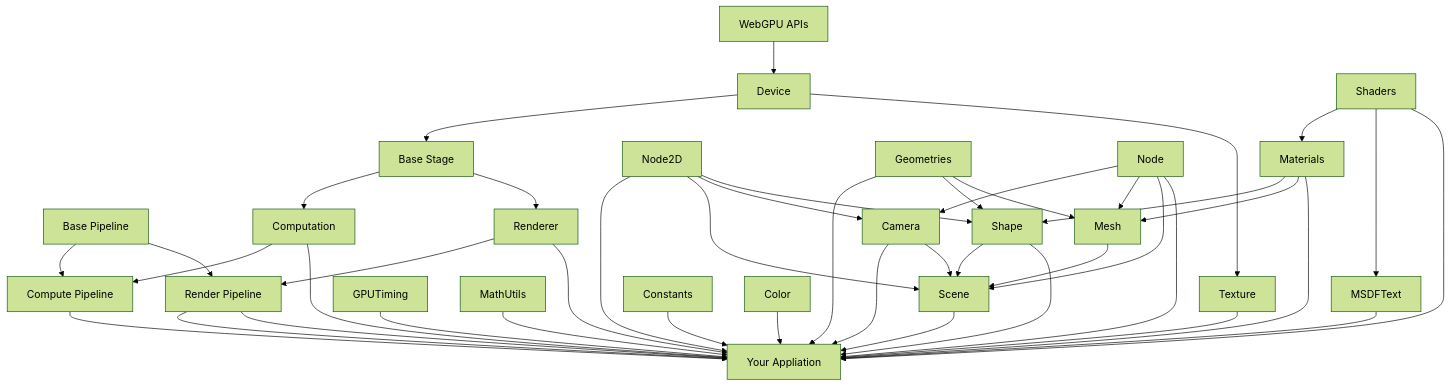
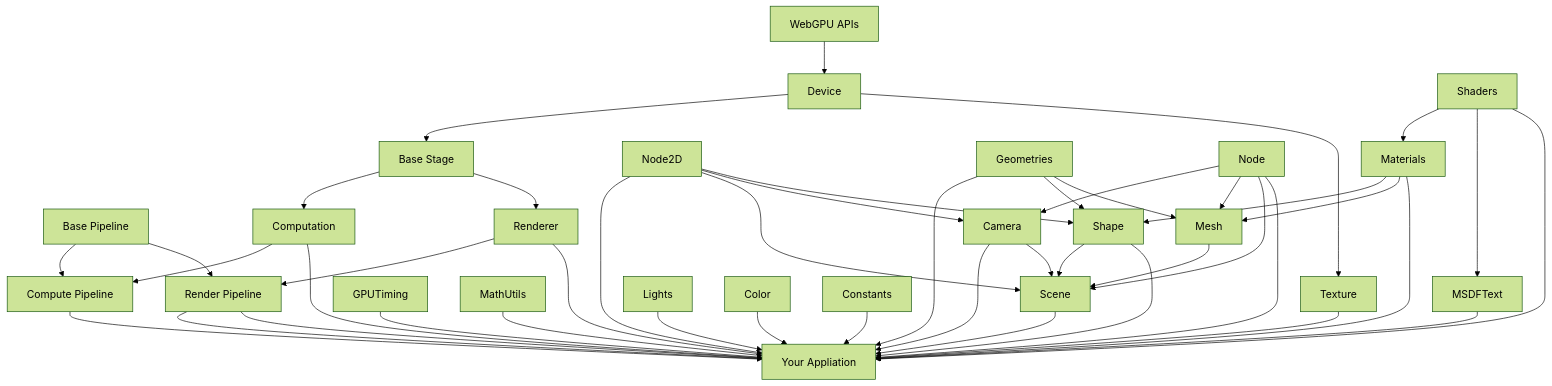
The diagram in README.md (UstymUkhman/uwal), drawn with Mermaid (forest theme) before and after one commit. The commit also changed other lines of this file and 4 other files, not shown here.

````diff
--- a/README.md
+++ b/README.md
@@ -41,72 +41,73 @@
 ```mermaid
 flowchart TD
   GPU[WebGPU APIs]
   DEV[Device]
   APP[Your Appliation]
 
   BP[Base Pipeline]
   CP[Compute Pipeline]
   RP[Render Pipeline]
   BS[Base Stage]
   COMP[Computation]
   RNDR[Renderer]
   TEX[Texture]
 
   GPU  --> DEV
   DEV  --> BS
   DEV  --> TEX
   BS   --> COMP
   BS   --> RNDR
   COMP --> CP
   COMP --> APP
   BP   --> CP
   BP   --> RP
   CP   --> APP
   RP   --> APP
   RNDR --> RP
   RNDR --> APP
 
   TIME[GPUTiming] --> APP
   MATH[MathUtils] --> APP
 
   ND2[Node2D]
   GEO[Geometries]
   ND[Node]
   MAT[Materials]
   SHDS[Shaders]
   CAM[Camera]
   SHP[Shape]
   MESH[Mesh]
   SCN[Scene]
   TXT[MSDFText]
 
+  LGHT[Lights]     --> APP
+  COL[Color]       --> APP
   CONST[Constants] --> APP
-  COL[Color]       --> APP
 
   ND2  --> APP
   ND2  --> SCN
   ND2  --> CAM
   ND2  --> SHP
   MAT  --> SHP
   GEO  --> APP
   GEO  --> SHP
   GEO  --> MESH
   MAT  --> MESH
   ND   --> CAM
   ND   --> MESH
   ND   --> SCN
   ND   --> APP
   SHP  --> SCN
   MESH --> SCN
   CAM  --> APP
   CAM  --> SCN
   SHDS --> MAT
   SHDS --> TXT
   RP   --> APP
   TEX  --> APP
   SCN  --> APP
   SHP  --> APP
   MAT  --> APP
   TXT  --> APP
   SHDS --> APP
 ```
````
